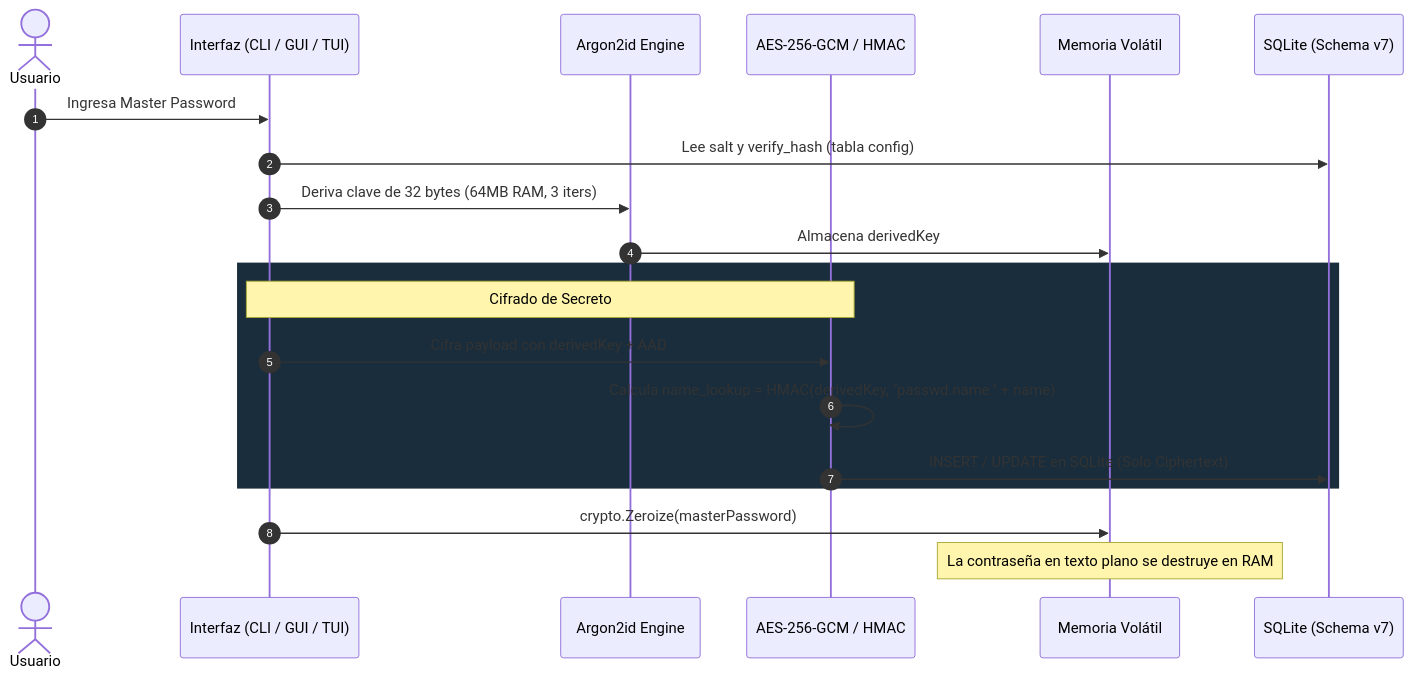
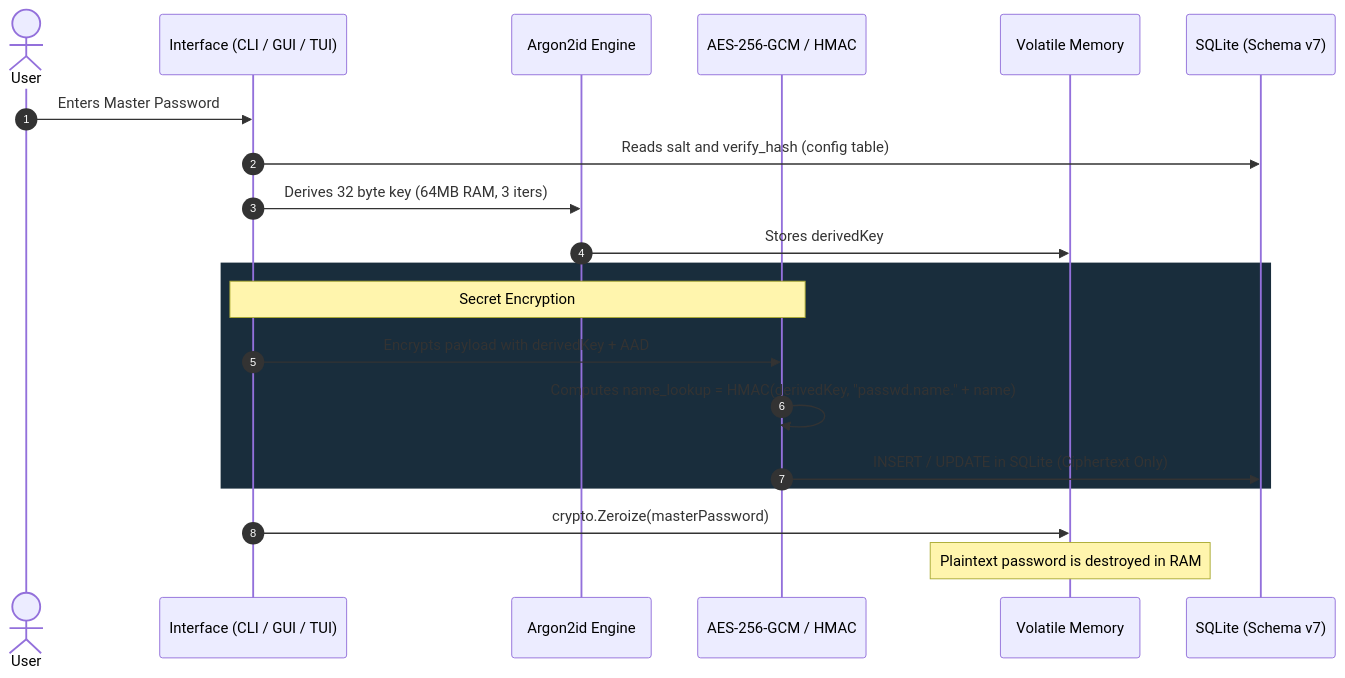
One commit to raynosc/vlt changed the second of 3 diagrams in docs/ARCHITECTURE-MERMAID.md. Above: the diagram before and after it, drawn with Mermaid. The commit also changed other lines of this file and 11 other files, not shown here.

````diff
--- a/docs/ARCHITECTURE-MERMAID.md
+++ b/docs/ARCHITECTURE-MERMAID.md
@@ -89,25 +91,25 @@
 ```mermaid
 sequenceDiagram
     autonumber
-    actor Usuario
-    participant UI as Interfaz (CLI / GUI / TUI)
+    actor User
+    participant UI as Interface (CLI / GUI / TUI)
     participant KDF as Argon2id Engine
     participant Crypto as AES-256-GCM / HMAC
-    participant RAM as Memoria Volátil
+    participant RAM as Volatile Memory
     participant DB as SQLite (Schema v7)
 
-    Usuario->>UI: Ingresa Master Password
-    UI->>DB: Lee salt y verify_hash (tabla config)
-    UI->>KDF: Deriva clave de 32 bytes (64MB RAM, 3 iters)
-    KDF->>RAM: Almacena derivedKey
+    User->>UI: Enters Master Password
+    UI->>DB: Reads salt and verify_hash (config table)
+    UI->>KDF: Derives 32 byte key (64MB RAM, 3 iters)
+    KDF->>RAM: Stores derivedKey
     
     rect rgb(25, 45, 60)
-        Note over UI,Crypto: Cifrado de Secreto
-        UI->>Crypto: Cifra payload con derivedKey + AAD
-        Crypto->>Crypto: Calcula name_lookup = HMAC(derivedKey, "passwd.name." + name)
-        Crypto->>DB: INSERT / UPDATE en SQLite (Solo Ciphertext)
+        Note over UI,Crypto: Secret Encryption
+        UI->>Crypto: Encrypts payload with derivedKey + AAD
+        Crypto->>Crypto: Computes name_lookup = HMAC(derivedKey, "passwd.name." + name)
+        Crypto->>DB: INSERT / UPDATE in SQLite (Ciphertext Only)
     end
     
     UI->>RAM: crypto.Zeroize(masterPassword)
-    Note over RAM: La contraseña en texto plano se destruye en RAM
+    Note over RAM: Plaintext password is destroyed in RAM
 ```
````
